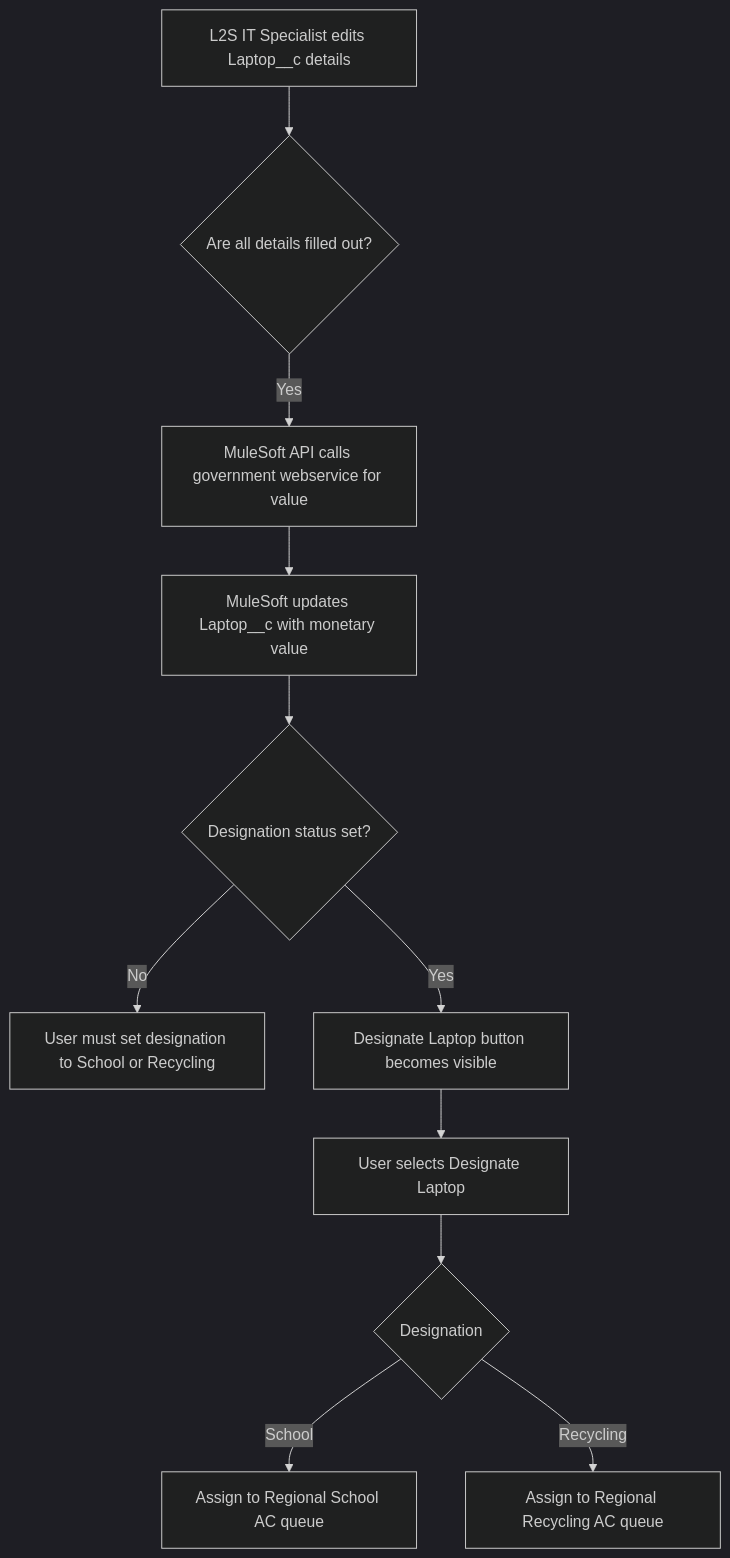
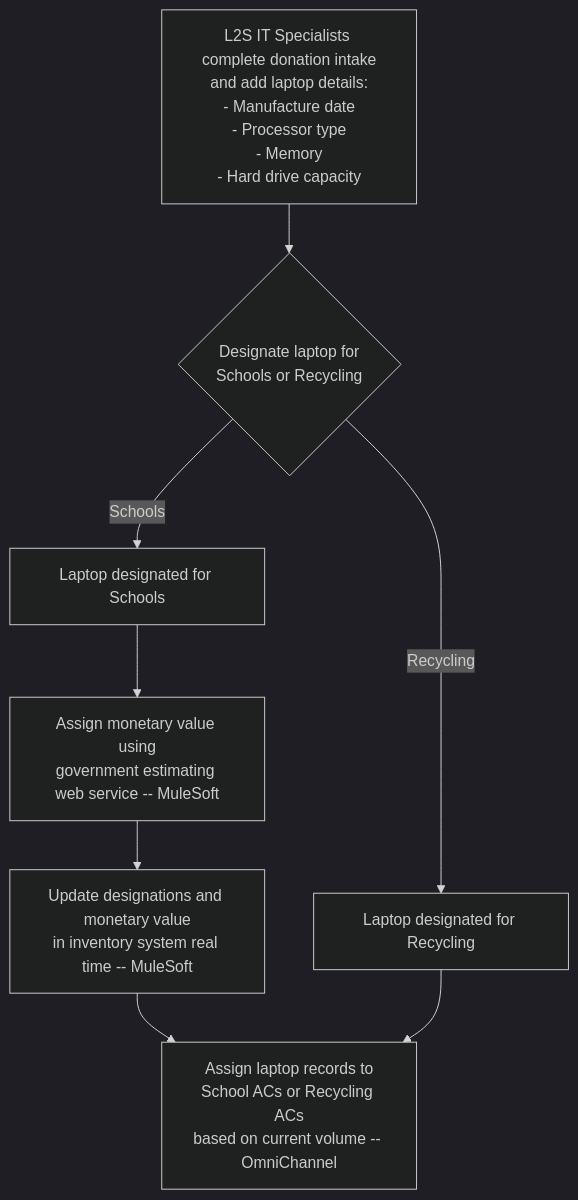
One commit to matthew-zolp/Laptops2Schools changed the diagram in BusinessProcessFlowDiagrams/L2S_Step_4_Edit_and_Assign_Laptops.md. Above: the diagram before and after it, drawn with Mermaid (dark theme). The commit also changed other lines of this file, not shown here.

````diff
--- a/BusinessProcessFlowDiagrams/L2S_Step_4_Edit_and_Assign_Laptops.md
+++ b/BusinessProcessFlowDiagrams/L2S_Step_4_Edit_and_Assign_Laptops.md
@@ -9,15 +1,18 @@
 ```mermaid
 flowchart TD
-    A[L2S IT Specialist edits Laptop__c details]
-    B{Are all details filled out?}
+    A[L2S IT Specialists complete donation intake<br>and add laptop details:<br>- Manufacture date<br>- Processor type<br>- Memory<br>- Hard drive capacity]
+    B{Designate laptop for<br>Schools or Recycling}
+    C[Laptop designated for Schools]
+    D[Laptop designated for Recycling]
+    E[Assign monetary value using<br>government estimating web service -- MuleSoft]
+    F[Update designations and monetary value<br>in inventory system real time -- MuleSoft]
+    G[Assign laptop records to<br>School ACs or Recycling ACs<br>based on current volume -- OmniChannel]
+
     A --> B
-    B -- "Yes" --> C[MuleSoft API calls government webservice for value]
-    C --> D[MuleSoft updates Laptop__c with monetary value]
-    D --> E{Designation status set?}
-    E -- "No" --> F[User must set designation to School or Recycling]
-    E -- "Yes" --> G[Designate Laptop button becomes visible]
-    G --> H[User selects Designate Laptop]
-    H --> I{Designation}
-    I -- "School" --> J[Assign to Regional School AC queue]
-    I -- "Recycling" --> K[Assign to Regional Recycling AC queue]
+    B -- Schools --> C
+    B -- Recycling --> D
+    C --> E
+    E --> F
+    F --> G
+    D --> G
 ```
````
